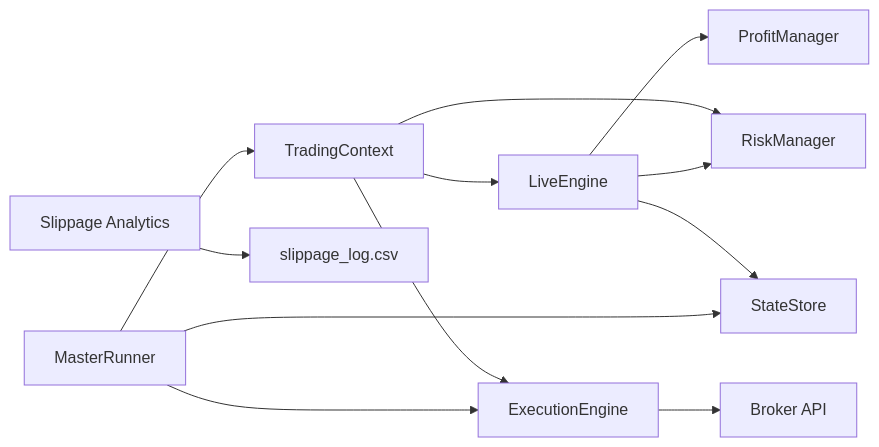
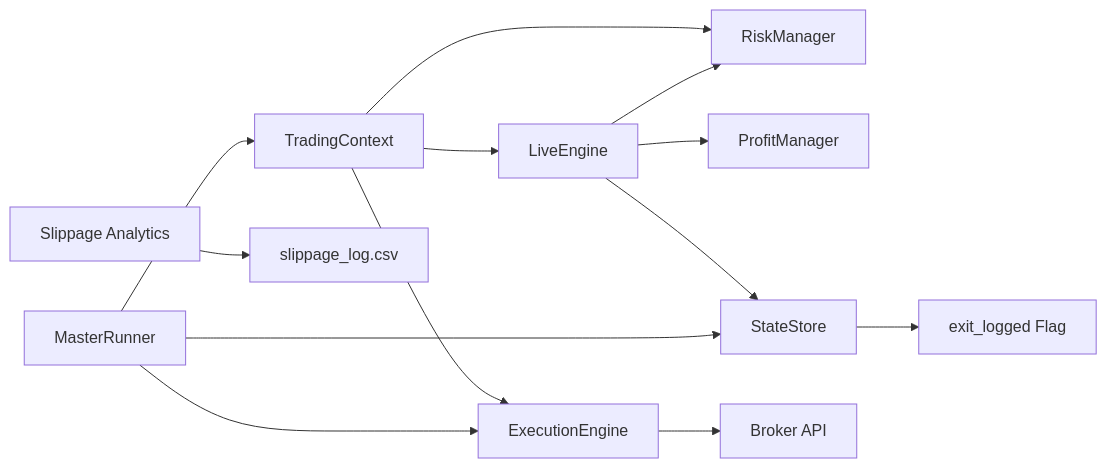
The tenth of 10 diagrams in .qoder/repowiki/en/content/Core Trading Engine/Trading State Management.md (tauqeersiddiqui-art/tradingsystem), drawn with Mermaid before and after one commit. The commit also changed other lines of this file and 60 other files, not shown here.

````diff
--- a/.qoder/repowiki/en/content/Core Trading Engine/Trading State Management.md
+++ b/.qoder/repowiki/en/content/Core Trading Engine/Trading State Management.md
@@ -375,14 +426,15 @@
 ```mermaid
 graph LR
 Ctx["TradingContext"] --> LE["LiveEngine"]
 Ctx --> EE["ExecutionEngine"]
 Ctx --> RM["RiskManager"]
 LE --> PM["ProfitManager"]
 LE --> RM
 LE --> Store["StateStore"]
 EE --> Broker["Broker API"]
 MR["MasterRunner"] --> Ctx
 MR --> Store
 MR --> EE
 Analytics["Slippage Analytics"] --> CSV["slippage_log.csv"]
+Store --> ExitGuard["exit_logged Flag"]
 ```
````
